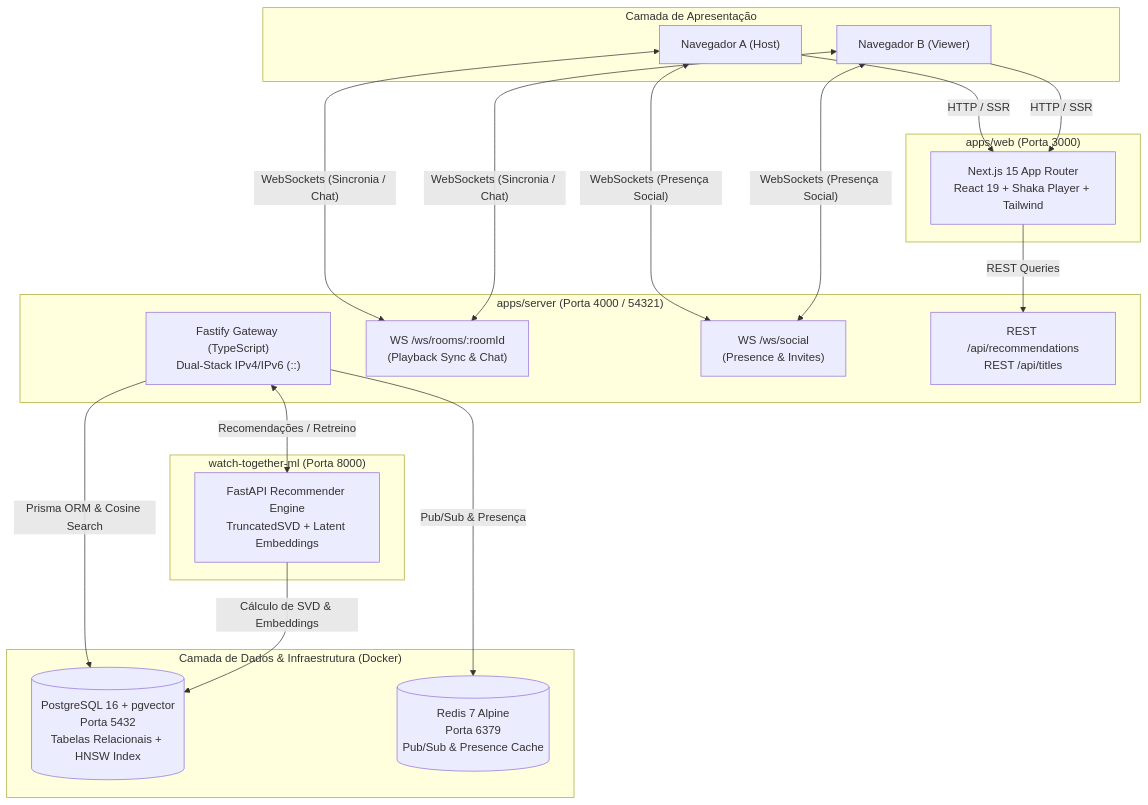
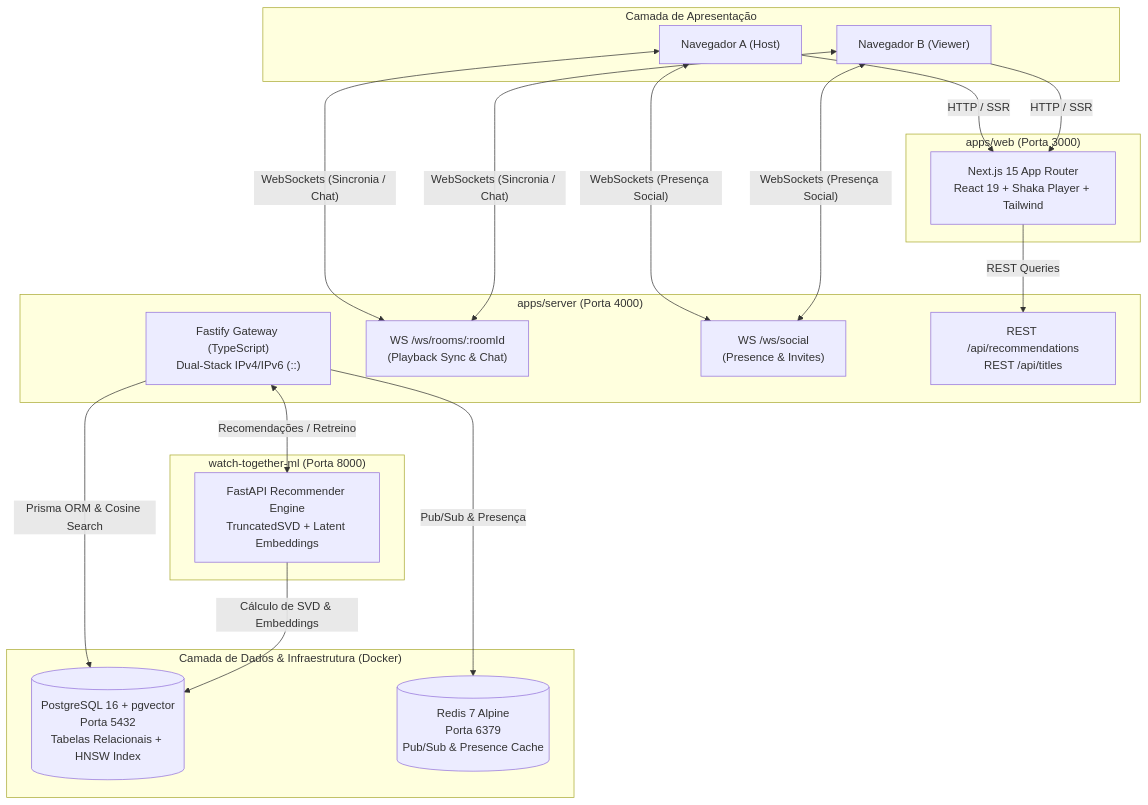
One commit to Vlade908/Watch-together changed the diagram in README.md. Above: the diagram before and after it, drawn with Mermaid. The commit also changed other lines of this file and 34 other files, not shown here.

````diff
--- a/README.md
+++ b/README.md
@@ -44,37 +44,37 @@
 ```mermaid
 flowchart TB
     subgraph Clients["Camada de Apresentação"]
         W1["Navegador A (Host)"]
         W2["Navegador B (Viewer)"]
     end
 
     subgraph FrontendApp["apps/web (Porta 3000)"]
         Next["Next.js 15 App Router<br/>React 19 + Shaka Player + Tailwind"]
     end
 
-    subgraph Gateway["apps/server (Porta 4000 / 54321)"]
+    subgraph Gateway["apps/server (Porta 4000)"]
         Fastify["Fastify Gateway (TypeScript)<br/>Dual-Stack IPv4/IPv6 (::)"]
         WS_Rooms["WS /ws/rooms/:roomId<br/>(Playback Sync & Chat)"]
         WS_Social["WS /ws/social<br/>(Presence & Invites)"]
         REST_API["REST /api/recommendations<br/>REST /api/titles"]
     end
 
     subgraph MLService["watch-together-ml (Porta 8000)"]
         FastAPI["FastAPI Recommender Engine<br/>TruncatedSVD + Latent Embeddings"]
     end
 
     subgraph DataLayer["Camada de Dados & Infraestrutura (Docker)"]
         Postgres[("PostgreSQL 16 + pgvector<br/>Porta 5432<br/>Tabelas Relacionais + HNSW Index")]
         Redis[("Redis 7 Alpine<br/>Porta 6379<br/>Pub/Sub & Presence Cache")]
     end
 
     W1 & W2 -->|"HTTP / SSR"| Next
     W1 & W2 <-->|"WebSockets (Sincronia / Chat)"| WS_Rooms
     W1 & W2 <-->|"WebSockets (Presença Social)"| WS_Social
     Next -->|"REST Queries"| REST_API
 
     Fastify -->|"Pub/Sub & Presença"| Redis
     Fastify -->|"Prisma ORM & Cosine Search"| Postgres
     Fastify <-->|"Recomendações / Retreino"| FastAPI
     FastAPI -->|"Cálculo de SVD & Embeddings"| Postgres
 ```
````
